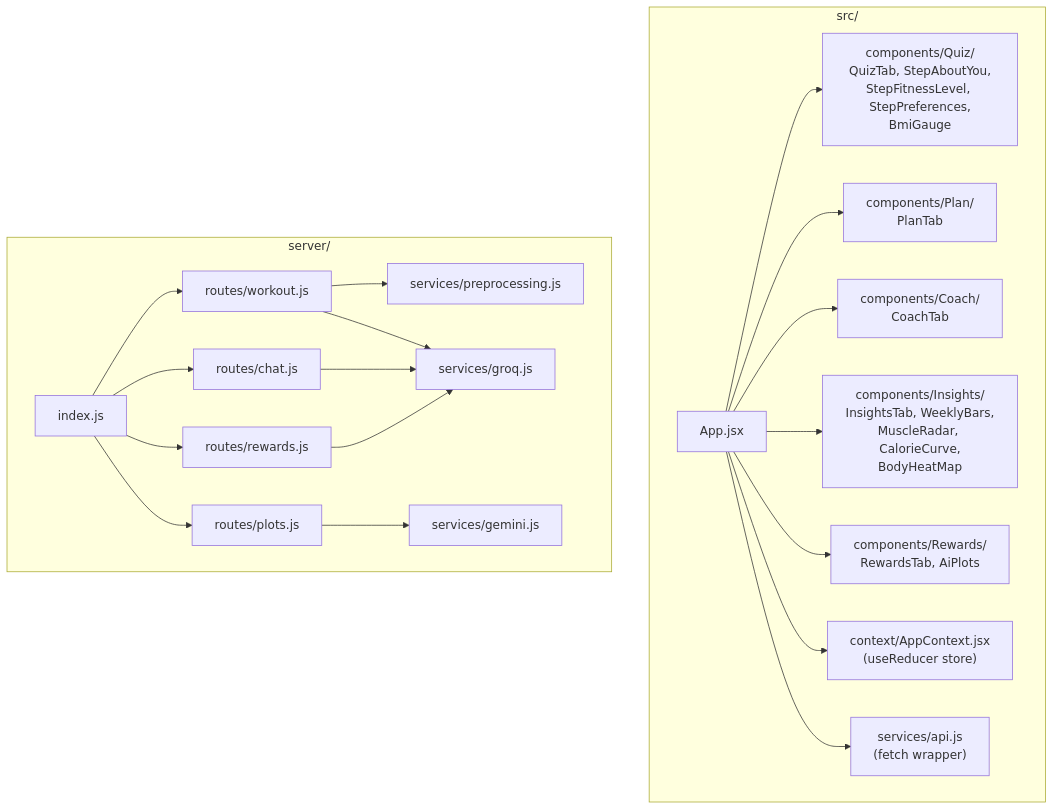
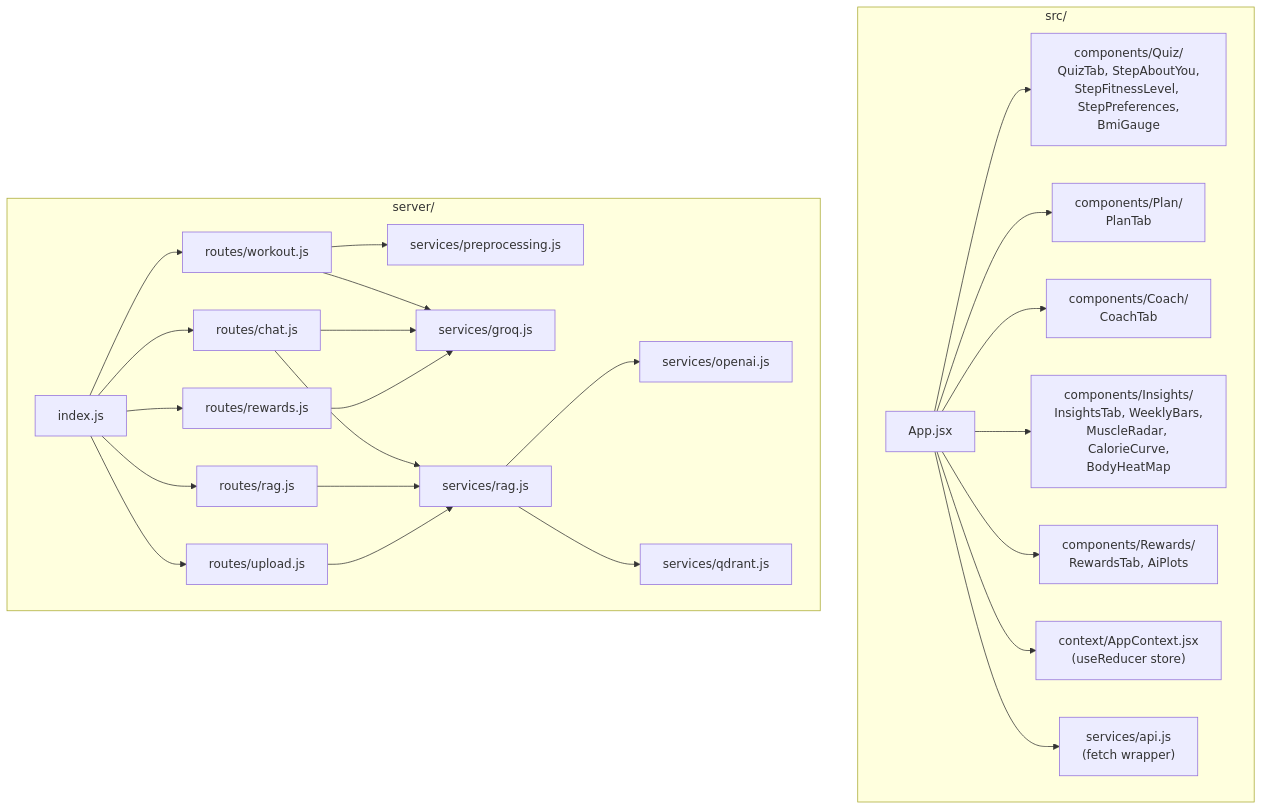
One commit to MatteoGuardamagna4/react-app changed the third of 3 diagrams in README.md. Above: the diagram before and after it, drawn with Mermaid. The commit also changed other lines of this file and 21 other files, not shown here.

Commit message:
chat RAG + remove gemini

````diff
--- a/README.md
+++ b/README.md
@@ -83,24 +85,29 @@
 ```mermaid
 graph TD
   subgraph Frontend ["src/"]
     APP["App.jsx"] --> QUIZ["components/Quiz/\nQuizTab, StepAboutYou,\nStepFitnessLevel, StepPreferences,\nBmiGauge"]
     APP --> PLNC["components/Plan/\nPlanTab"]
     APP --> COAC["components/Coach/\nCoachTab"]
     APP --> INSC["components/Insights/\nInsightsTab, WeeklyBars,\nMuscleRadar, CalorieCurve,\nBodyHeatMap"]
     APP --> REWC["components/Rewards/\nRewardsTab, AiPlots"]
     APP --> CTX["context/AppContext.jsx\n(useReducer store)"]
     APP --> API["services/api.js\n(fetch wrapper)"]
   end
 
   subgraph Backend ["server/"]
     IDX["index.js"] --> WR["routes/workout.js"]
     IDX --> CR["routes/chat.js"]
     IDX --> RR["routes/rewards.js"]
-    IDX --> PR["routes/plots.js"]
+    IDX --> RAGR["routes/rag.js"]
+    IDX --> UP["routes/upload.js"]
     WR --> PRE["services/preprocessing.js"]
     WR --> GRQ["services/groq.js"]
     CR --> GRQ
+    CR --> RAGS["services/rag.js"]
     RR --> GRQ
-    PR --> GEM["services/gemini.js"]
+    RAGR --> RAGS
+    UP --> RAGS
+    RAGS --> OAI["services/openai.js"]
+    RAGS --> QD["services/qdrant.js"]
   end
 ```
````
